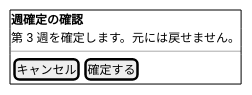
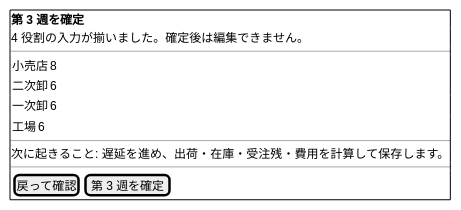
Before and after one commit to k2works/case-study-beer-game-simulation: the seventh of 9 diagrams in docs/design/beer-game2/ui-design.md, drawn with PlantUML. The commit also changed other lines of this file and 5 other files, not shown here.

````diff
--- a/docs/design/beer-game2/ui-design.md
+++ b/docs/design/beer-game2/ui-design.md
@@ -226,10 +266,17 @@
 ```plantuml
 @startsalt
 {+
-  <b>週確定の確認
-  第 3 週を確定します。元には戻せません。
+  <b>第 3 週を確定
+  4 役割の入力が揃いました。確定後は編集できません。
   ---
-  { [ キャンセル ] | [ 確定する ] }
+  { 小売店 | 8 }
+  { 二次卸 | 6 }
+  { 一次卸 | 6 }
+  { 工場 | 6 }
+  ---
+  次に起きること: 遅延を進め、出荷・在庫・受注残・費用を計算して保存します。
+  ---
+  { [ 戻って確認 ] | [ 第 3 週を確定 ] }
 }
 @endsalt
 ```
````
